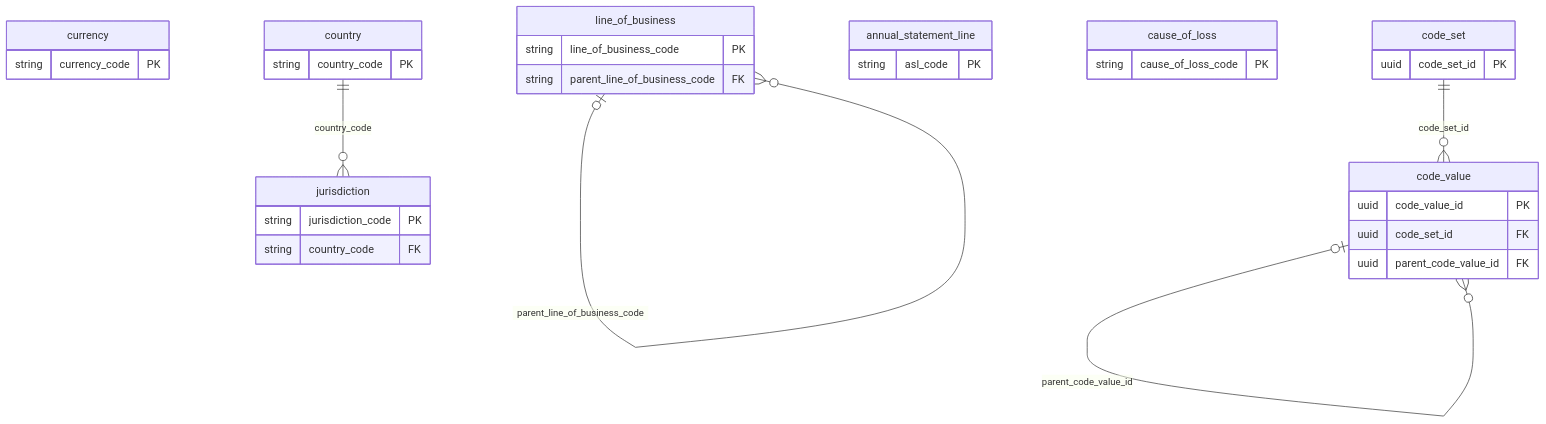
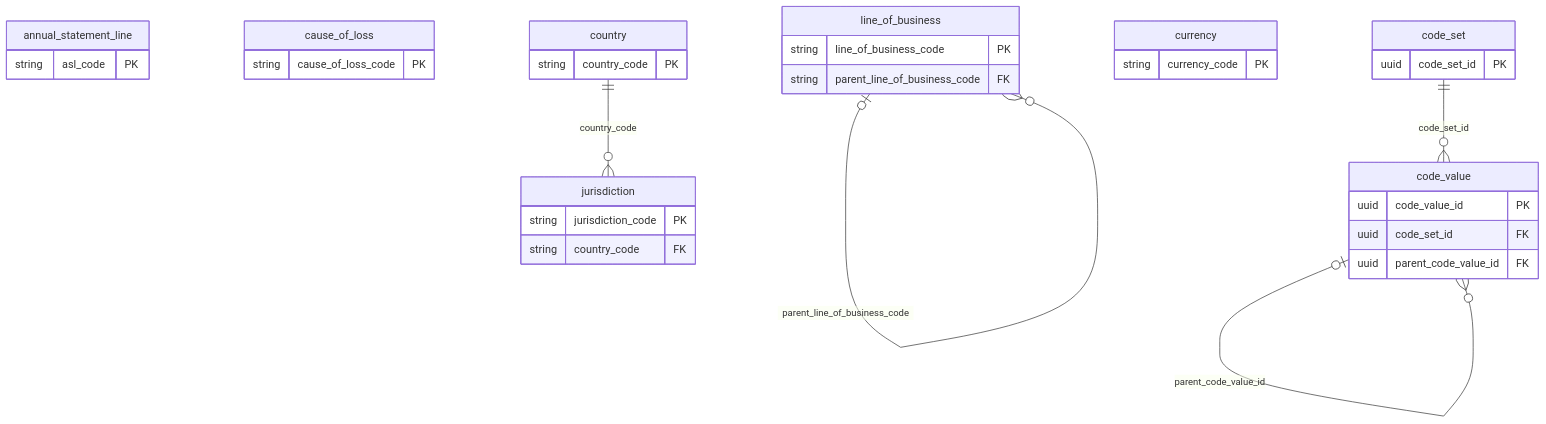
One commit to EricHeasley/InsuranceDataModel changed the second of 13 diagrams in docs/diagrams.md. Above: the diagram before and after it, drawn with Mermaid. The commit also changed other lines of this file and 300 other files, not shown here.

First line of the commit message:
Make standard JSON Schema files the source of the model

````diff
--- a/docs/diagrams.md
+++ b/docs/diagrams.md
@@ -66,35 +66,35 @@
 ```mermaid
 erDiagram
-  currency {
-    string currency_code PK
-  }
-  country {
-    string country_code PK
-  }
-  jurisdiction {
-    string jurisdiction_code PK
-    string country_code FK
-  }
-  line_of_business {
-    string line_of_business_code PK
-    string parent_line_of_business_code FK
-  }
   annual_statement_line {
     string asl_code PK
   }
   cause_of_loss {
     string cause_of_loss_code PK
   }
   code_set {
     uuid code_set_id PK
   }
   code_value {
     uuid code_value_id PK
     uuid code_set_id FK
     uuid parent_code_value_id FK
   }
+  country {
+    string country_code PK
+  }
+  currency {
+    string currency_code PK
+  }
+  jurisdiction {
+    string jurisdiction_code PK
+    string country_code FK
+  }
+  line_of_business {
+    string line_of_business_code PK
+    string parent_line_of_business_code FK
+  }
+  code_set ||--o{ code_value : "code_set_id"
+  code_value o|--o{ code_value : "parent_code_value_id"
   country ||--o{ jurisdiction : "country_code"
   line_of_business o|--o{ line_of_business : "parent_line_of_business_code"
-  code_set ||--o{ code_value : "code_set_id"
-  code_value o|--o{ code_value : "parent_code_value_id"
 ```
````
